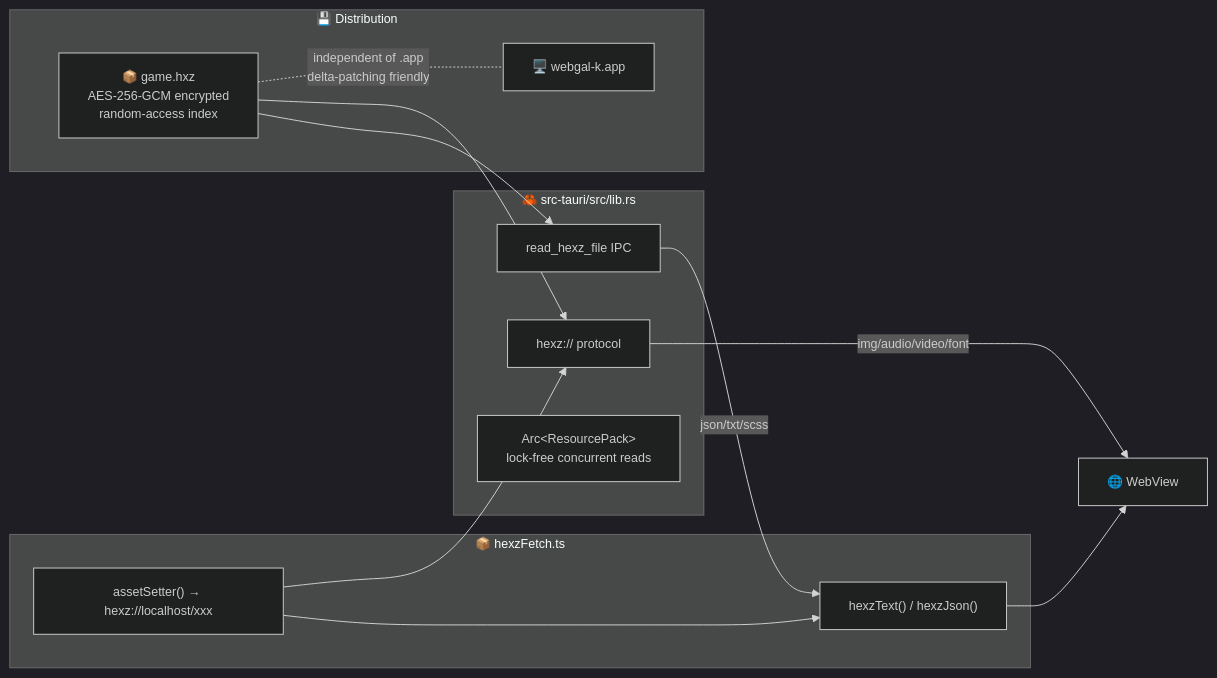
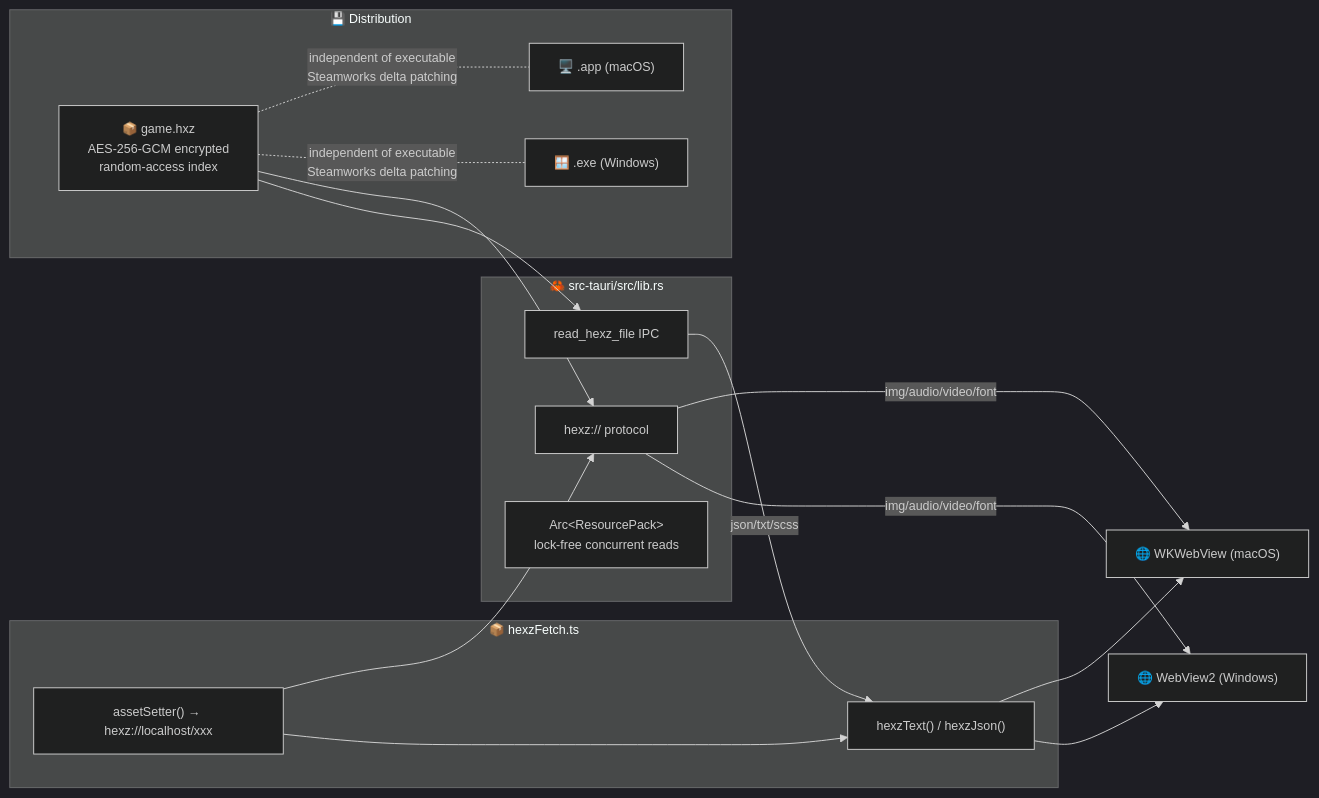
One commit to maincoretech/WebGAL_k changed the diagram in README_EN.md. Above: the diagram before and after it, drawn with Mermaid. The commit also changed other lines of this file and 1 other file, not shown here.

Commit message:
docs: update architecture diagram for dual-platform (macOS + Windows)

````diff
--- a/README_EN.md
+++ b/README_EN.md
@@ -48,28 +13,32 @@
 ```mermaid
 %%{init: {'theme': 'dark', 'themeVariables': {'fontSize': '13px'}}}%%
 flowchart LR
     subgraph Disk["💾 Distribution"]
         HXZ["📦 game.hxz<br/>AES-256-GCM encrypted<br/>random-access index"]
-        APP["🖥️ webgal-k.app"]
-        HXZ -. "independent of .app<br/>delta-patching friendly" .- APP
+        APP_MAC["🖥️ .app (macOS)"]
+        APP_WIN["🪟 .exe (Windows)"]
+        HXZ -. "independent of executable<br/>Steamworks delta patching" .- APP_MAC
+        HXZ -. "independent of executable<br/>Steamworks delta patching" .- APP_WIN
     end
 
     subgraph Rust["🦀 src-tauri/src/lib.rs"]
         Protocol["hexz:// protocol"]
         IPC["read_hexz_file IPC"]
         Store["Arc&lt;ResourcePack&gt;<br/>lock-free concurrent reads"]
     end
 
     subgraph JS["📦 hexzFetch.ts"]
         Text["hexzText() / hexzJson()"]
         Asset["assetSetter() → hexz://localhost/xxx"]
     end
 
     HXZ --> Protocol
     HXZ --> IPC
-    Protocol -- "img/audio/video/font" --> Browser["🌐 WebView"]
+    Protocol -- "img/audio/video/font" --> Browser_MAC["🌐 WKWebView (macOS)"]
+    Protocol -- "img/audio/video/font" --> Browser_WIN["🌐 WebView2 (Windows)"]
     IPC -- "json/txt/scss" --> Text
-    Text --> Browser
+    Text --> Browser_MAC
+    Text --> Browser_WIN
     Asset --> Protocol
     Asset --> Text
 ```
````
